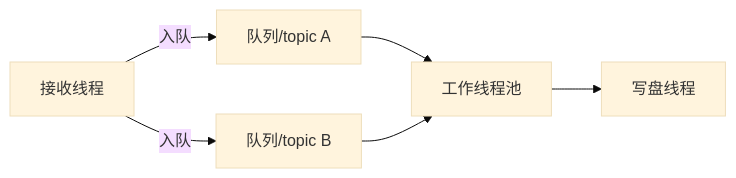
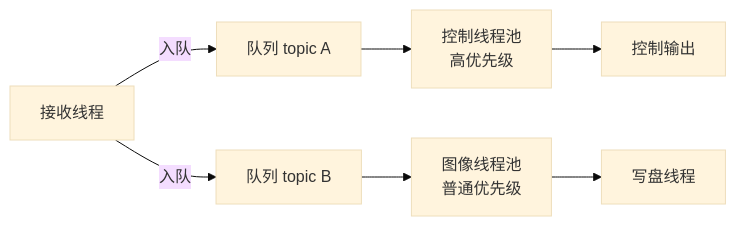
Before and after one commit to cavemancave/mw-study: the fifth of 6 diagrams in docs/chapter2.md, drawn with Mermaid (base theme). The commit also changed other lines of this file and 6 other files, not shown here.

````diff
--- a/docs/chapter2.md
+++ b/docs/chapter2.md
@@ -115,8 +522,9 @@
 ```mermaid
 flowchart LR
-    NET[接收线程] -->|入队| Q1[队列/topic A]
-    NET -->|入队| Q2[队列/topic B]
-    Q1 --> W1[工作线程池]
-    Q2 --> W1
-    W1 --> DISK[写盘线程]
+    NET[接收线程] -->|入队| Q1[队列 topic A]
+    NET -->|入队| Q2[队列 topic B]
+    Q1 --> P1[控制线程池<br/>高优先级]
+    Q2 --> P2[图像线程池<br/>普通优先级]
+    P1 --> OUT1[控制输出]
+    P2 --> DISK[写盘线程]
 ```
````
